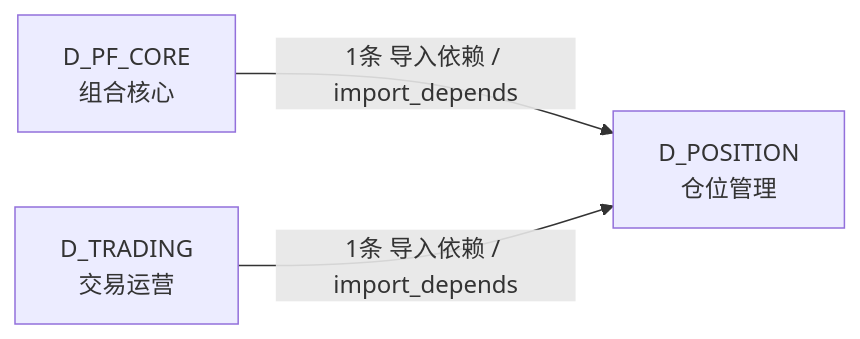
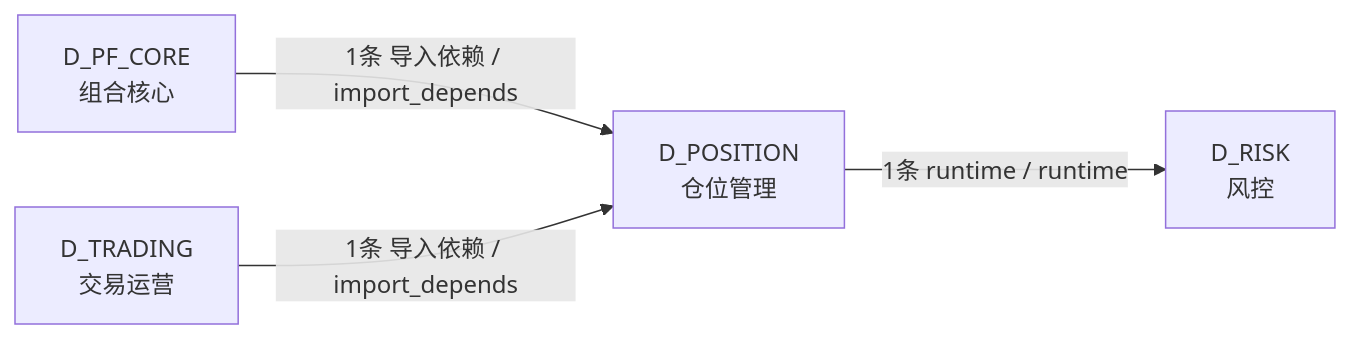
One commit to xuanFelixVan/ZephyrAlpha changed the third of 3 diagrams in docs/02_enterprise_architecture/02_domain_architecture_docs/64_d_position.md. Above: the diagram before and after it, drawn with Mermaid. The commit also changed other lines of this file and 50 other files, not shown here.

````diff
--- a/docs/02_enterprise_architecture/02_domain_architecture_docs/64_d_position.md
+++ b/docs/02_enterprise_architecture/02_domain_architecture_docs/64_d_position.md
@@ -109,8 +109,10 @@
 ```mermaid
 graph LR
     D_POSITION["D_POSITION<br/>仓位管理"]
+    D_RISK["D_RISK<br/>风控"]
     D_PF_CORE["D_PF_CORE<br/>组合核心"]
     D_TRADING["D_TRADING<br/>交易运营"]
+    D_POSITION -->|1条 runtime / runtime| D_RISK
     D_PF_CORE -->|1条 导入依赖 / import_depends| D_POSITION
     D_TRADING -->|1条 导入依赖 / import_depends| D_POSITION
 ```
````
